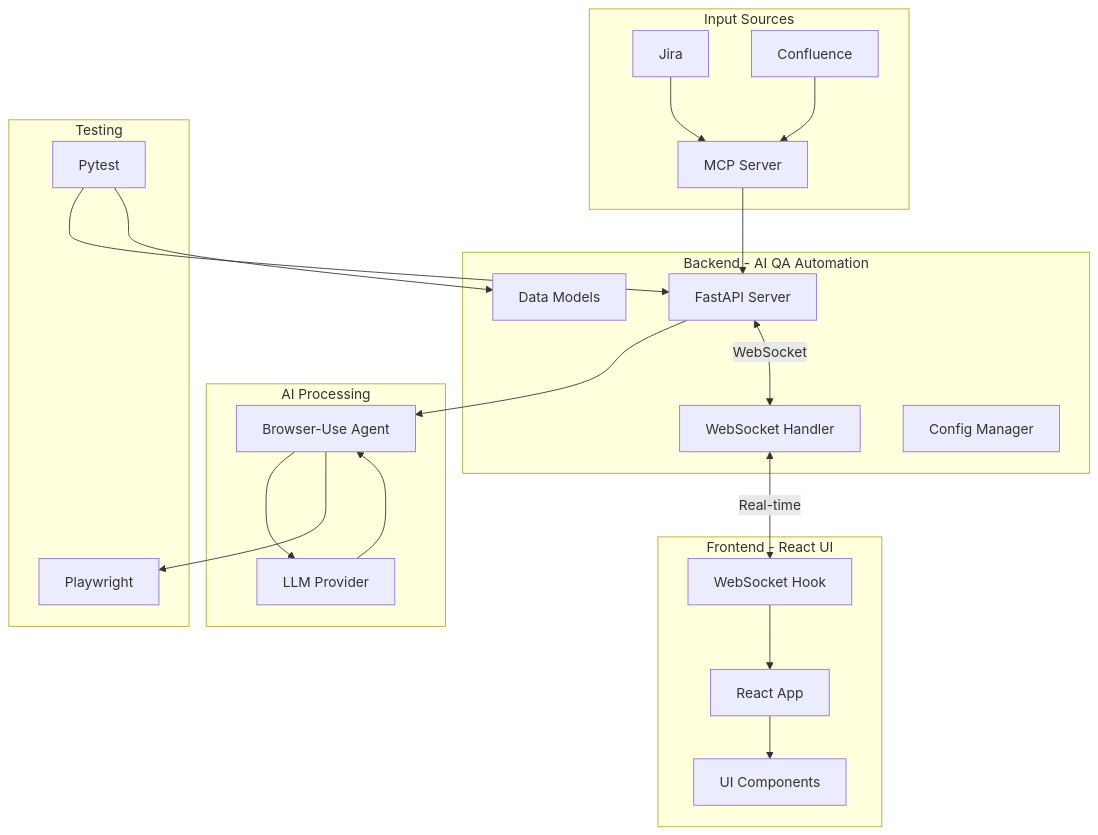
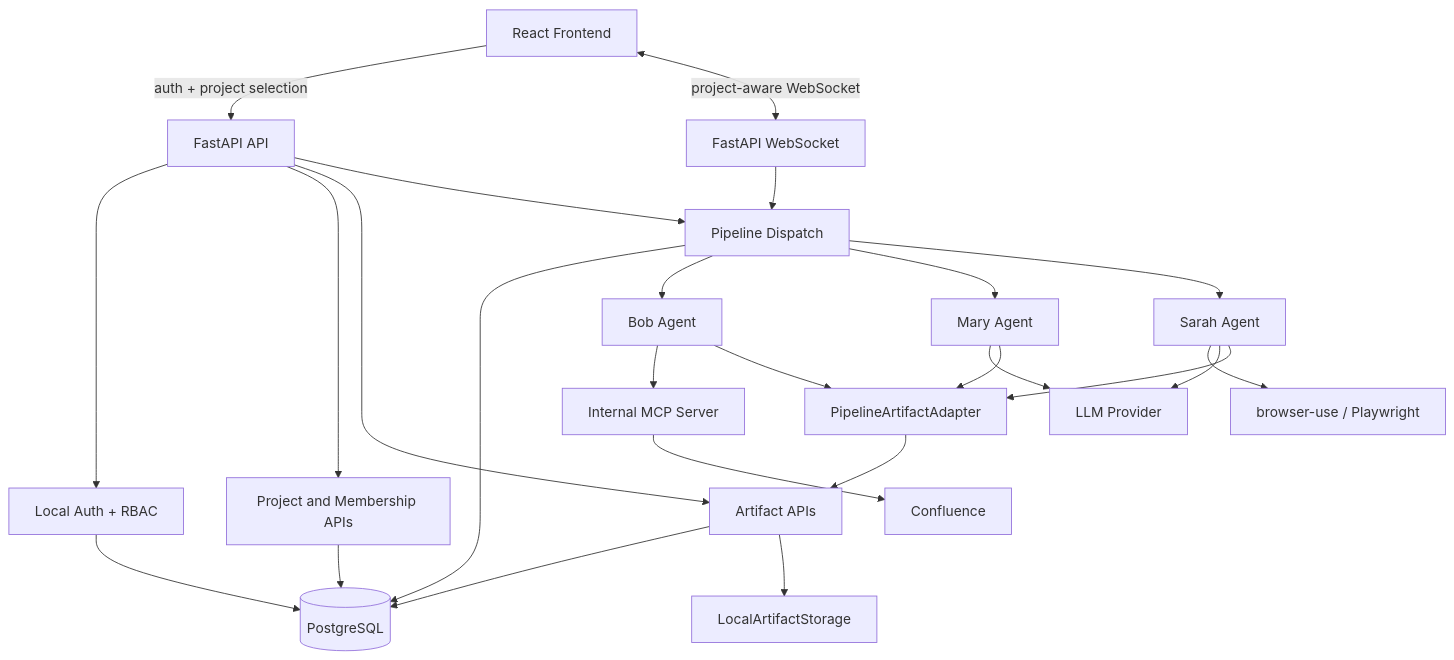
One commit to thuonglbl/AI-QA-Automation changed the diagram in README.md. Above: the diagram before and after it, drawn with Mermaid. The commit also changed other lines of this file and 135 other files, not shown here.

Commit message:
feat: separate frontend backend and DB

````diff
--- a/README.md
+++ b/README.md
@@ -17,47 +33,32 @@
 ```mermaid
 flowchart TD
-    subgraph "Input Sources"
-        JIRA[Jira]
-        CONFLUENCE[Confluence]
-        MCP[MCP Server]
-    end
+    UI[React Frontend] -->|auth + project selection| API[FastAPI API]
+    UI <-->|project-aware WebSocket| WS[FastAPI WebSocket]
 
-    subgraph "Backend - AI QA Automation"
-        API[FastAPI Server]
-        WS[WebSocket Handler]
-        CONFIG[Config Manager]
-        MODELS[Data Models]
-    end
+    API --> AUTH[Local Auth + RBAC]
+    API --> PROJECTS[Project and Membership APIs]
+    API --> ARTIFACTS[Artifact APIs]
+    API --> PIPELINE[Pipeline Dispatch]
+    WS --> PIPELINE
 
-    subgraph "AI Processing"
-        BROWSER_USE[Browser-Use Agent]
-        LLM[LLM Provider]
-    end
+    AUTH --> DB[(PostgreSQL)]
+    PROJECTS --> DB
+    ARTIFACTS --> DB
+    PIPELINE --> DB
 
-    subgraph "Frontend - React UI"
-        REACT[React App]
-        HOOKS[WebSocket Hook]
-        COMPONENTS[UI Components]
-    end
+    PIPELINE --> BOB[Bob Agent]
+    PIPELINE --> MARY[Mary Agent]
+    PIPELINE --> SARAH[Sarah Agent]
 
-    subgraph "Testing"
-        PLAYWRIGHT[Playwright]
-        TESTS[Pytest]
-    end
+    BOB --> MCP[Internal MCP Server]
+    MCP --> CONFLUENCE[Confluence]
+    MARY --> LLM[LLM Provider]
+    SARAH --> BROWSER[browser-use / Playwright]
+    SARAH --> LLM
 
-    JIRA --> MCP
-    CONFLUENCE --> MCP
-    MCP --> API
-    API --> BROWSER_USE
-    BROWSER_USE --> LLM
-    LLM --> BROWSER_USE
-    BROWSER_USE --> PLAYWRIGHT
-    
-    API <-->|WebSocket| WS
-    WS <-->|Real-time| HOOKS
-    HOOKS --> REACT
-    REACT --> COMPONENTS
-    
-    TESTS --> API
-    TESTS --> MODELS
+    ARTIFACTS --> STORAGE[LocalArtifactStorage]
+    BOB --> ADAPTER[PipelineArtifactAdapter]
+    MARY --> ADAPTER
+    SARAH --> ADAPTER
+    ADAPTER --> ARTIFACTS
 ```
````
